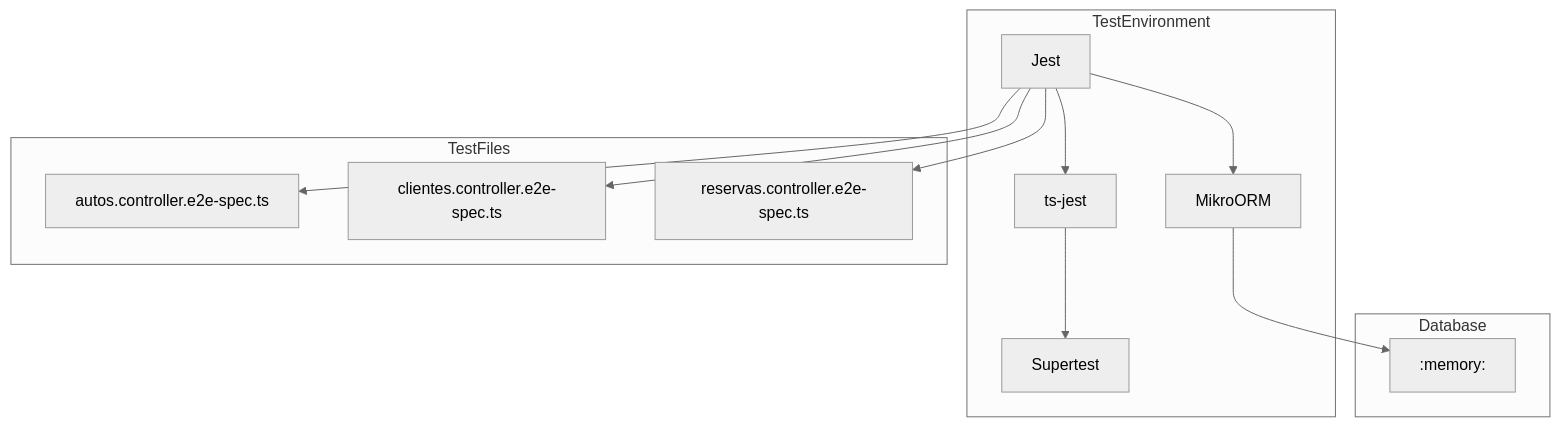
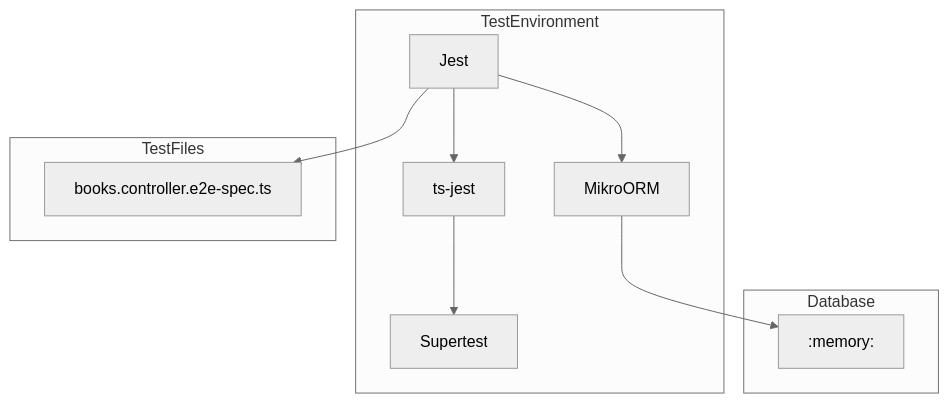
Before and after one commit to Agustin-Perezz/scaffold-nestjs: the first of 2 diagrams in docs/07_TESTING.md, drawn with Mermaid (neutral theme). The commit also changed other lines of this file and 14 other files, not shown here.

````diff
--- a/docs/07_TESTING.md
+++ b/docs/07_TESTING.md
@@ -5,27 +5,23 @@
 ```mermaid
 graph TB
     subgraph TestEnvironment
         JEST[Jest]
         TSJEST[ts-jest]
         SUPER[Supertest]
         MIKRO[MikroORM]
     end
 
     subgraph Database
         SQLITE[:memory:]
     end
 
     subgraph TestFiles
-        AUTOS[autos.controller.e2e-spec.ts]
-        CLIENTES[clientes.controller.e2e-spec.ts]
-        RESERVAS[reservas.controller.e2e-spec.ts]
+        BOOKS[books.controller.e2e-spec.ts]
     end
 
     JEST --> TSJEST
     TSJEST --> SUPER
     JEST --> MIKRO
     MIKRO --> SQLITE
-    JEST --> AUTOS
-    JEST --> CLIENTES
-    JEST --> RESERVAS
+    JEST --> BOOKS
 ```
````
